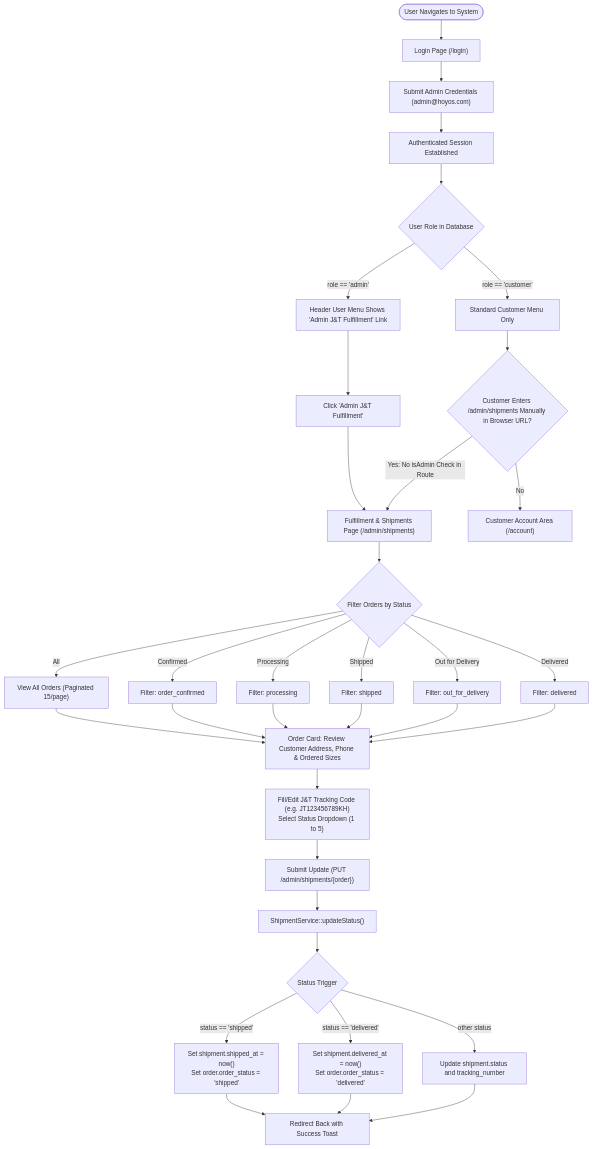
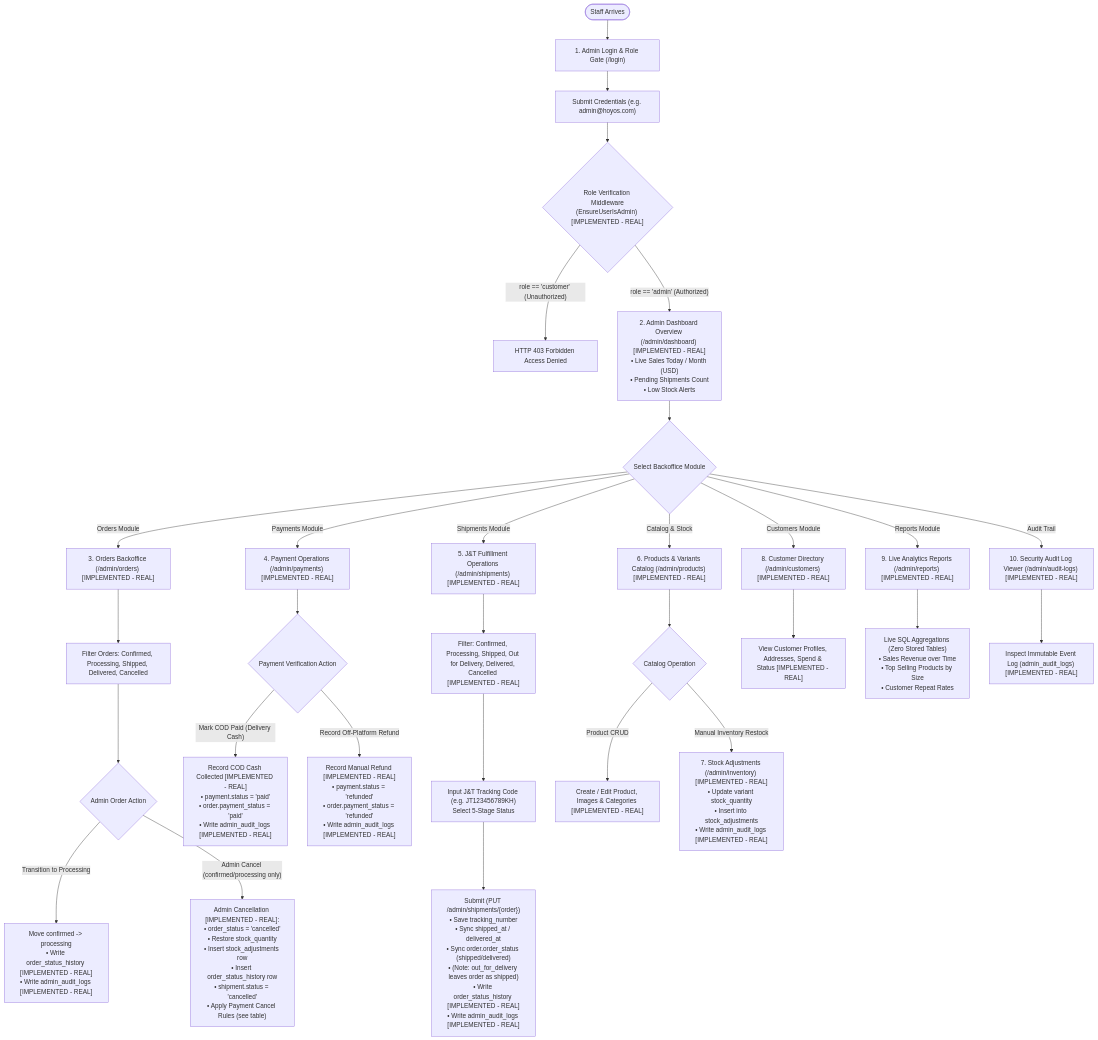
The second of 2 diagrams in USER_FLOW.md (pichsareth120-glitch/hoyos-project), drawn with Mermaid before and after one commit. The commit also changed other lines of this file and 194 other files, not shown here.

````diff
--- a/USER_FLOW.md
+++ b/USER_FLOW.md
@@ -154,45 +229,49 @@
 ```mermaid
 flowchart TD
-    AdminUser([User Navigates to System]) --> AdminLogin["Login Page (/login)"]
-    AdminLogin --> SubmitCreds["Submit Admin Credentials (admin@hoyos.com)"]
-    SubmitCreds --> AuthSuccess["Authenticated Session Established"]
-
-    AuthSuccess --> CheckRole{"User Role in Database"}
-    CheckRole -->|role == 'admin'| HeaderLink["Header User Menu Shows 'Admin J&T Fulfillment' Link"]
-    CheckRole -->|role == 'customer'| StandardMenu["Standard Customer Menu Only"]
-
-    HeaderLink --> ClickShipments["Click 'Admin J&T Fulfillment'"]
-    ClickShipments --> ShipmentsPage["Fulfillment & Shipments Page (/admin/shipments)"]
-
-    StandardMenu --> DirectURL{"Customer Enters /admin/shipments Manually in Browser URL?"}
-    DirectURL -->|Yes: No isAdmin Check in Route| ShipmentsPage
-    DirectURL -->|No| CustomerArea["Customer Account Area (/account)"]
-
-    ShipmentsPage --> FilterOrders{"Filter Orders by Status"}
-    FilterOrders -->|All| ViewAll["View All Orders (Paginated 15/page)"]
-    FilterOrders -->|Confirmed| ViewConfirmed["Filter: order_confirmed"]
-    FilterOrders -->|Processing| ViewProc["Filter: processing"]
-    FilterOrders -->|Shipped| ViewShip["Filter: shipped"]
-    FilterOrders -->|Out for Delivery| ViewOFD["Filter: out_for_delivery"]
-    FilterOrders -->|Delivered| ViewDel["Filter: delivered"]
-
-    ViewAll --> EditDispatch["Order Card: Review Customer Address, Phone & Ordered Sizes"]
-    ViewConfirmed --> EditDispatch
-    ViewProc --> EditDispatch
-    ViewShip --> EditDispatch
-    ViewOFD --> EditDispatch
-    ViewDel --> EditDispatch
-
-    EditDispatch --> UpdateForm["Fill/Edit J&T Tracking Code (e.g. JT123456789KH)<br/>Select Status Dropdown (1 to 5)"]
-    UpdateForm --> SubmitUpdate["Submit Update (PUT /admin/shipments/{order})"]
-
-    SubmitUpdate --> ServiceExec["ShipmentService::updateStatus()"]
-    ServiceExec --> AutoDates{"Status Trigger"}
-    AutoDates -->|status == 'shipped'| SetShipped["Set shipment.shipped_at = now()<br/>Set order.order_status = 'shipped'"]
-    AutoDates -->|status == 'delivered'| SetDelivered["Set shipment.delivered_at = now()<br/>Set order.order_status = 'delivered'"]
-    AutoDates -->|other status| SaveShipment["Update shipment.status and tracking_number"]
-
-    SetShipped --> RedirectBack["Redirect Back with Success Toast"]
-    SetDelivered --> RedirectBack
-    SaveShipment --> RedirectBack
+    AdminStaff([Staff Arrives]) --> StepB1["1. Admin Login & Role Gate (/login)"]
+    
+    StepB1 --> SubmitAuth["Submit Credentials (e.g. admin@hoyos.com)"]
+    SubmitAuth --> RoleGate{"Role Verification Middleware<br/>(EnsureUserIsAdmin) [IMPLEMENTED - REAL]"}
+    
+    RoleGate -->|"role == 'customer' (Unauthorized)"| Forbidden["HTTP 403 Forbidden Access Denied"]
+    RoleGate -->|"role == 'admin' (Authorized)"| StepB2["2. Admin Dashboard Overview (/admin/dashboard) [IMPLEMENTED - REAL]<br/>• Live Sales Today / Month (USD)<br/>• Pending Shipments Count<br/>• Low Stock Alerts"]
+    
+    StepB2 --> NavChoice{"Select Backoffice Module"}
+    
+    %% Module 1: Orders
+    NavChoice -->|"Orders Module"| StepB3["3. Orders Backoffice (/admin/orders) [IMPLEMENTED - REAL]"]
+    StepB3 --> OrderList["Filter Orders: Confirmed, Processing, Shipped, Delivered, Cancelled"]
+    OrderList --> OrderAction{"Admin Order Action"}
+    OrderAction -->|"Transition to Processing"| PutProcessing["Move confirmed -> processing<br/>• Write order_status_history [IMPLEMENTED - REAL]<br/>• Write admin_audit_logs [IMPLEMENTED - REAL]"]
+    OrderAction -->|"Admin Cancel (confirmed/processing only)"| CancelOrder["Admin Cancellation [IMPLEMENTED - REAL]:<br/>• order_status = 'cancelled'<br/>• Restore stock_quantity<br/>• Insert stock_adjustments row<br/>• Insert order_status_history row<br/>• shipment.status = 'cancelled'<br/>• Apply Payment Cancel Rules (see table)"]
+    
+    %% Module 2: Payments
+    NavChoice -->|"Payments Module"| StepB4["4. Payment Operations (/admin/payments) [IMPLEMENTED - REAL]"]
+    StepB4 --> PayAction{"Payment Verification Action"}
+    PayAction -->|"Mark COD Paid (Delivery Cash)"| MarkCODPaid["Record COD Cash Collected [IMPLEMENTED - REAL]<br/>• payment.status = 'paid'<br/>• order.payment_status = 'paid'<br/>• Write admin_audit_logs [IMPLEMENTED - REAL]"]
+    PayAction -->|"Record Off-Platform Refund"| RecordRefund["Record Manual Refund [IMPLEMENTED - REAL]<br/>• payment.status = 'refunded'<br/>• order.payment_status = 'refunded'<br/>• Write admin_audit_logs [IMPLEMENTED - REAL]"]
+    
+    %% Module 3: Shipments (Single source of truth for shipped & delivered)
+    NavChoice -->|"Shipments Module"| StepB5["5. J&T Fulfillment Operations (/admin/shipments) [IMPLEMENTED - REAL]"]
+    StepB5 --> ShipFilter["Filter: Confirmed, Processing, Shipped, Out for Delivery, Delivered, Cancelled [IMPLEMENTED - REAL]"]
+    ShipFilter --> EditShipment["Input J&T Tracking Code (e.g. JT123456789KH)<br/>Select 5-Stage Status"]
+    EditShipment --> PutShipment["Submit (PUT /admin/shipments/{order})<br/>• Save tracking_number<br/>• Sync shipped_at / delivered_at<br/>• Sync order.order_status (shipped/delivered)<br/>• (Note: out_for_delivery leaves order as shipped)<br/>• Write order_status_history [IMPLEMENTED - REAL]<br/>• Write admin_audit_logs [IMPLEMENTED - REAL]"]
+    
+    %% Module 4: Products & Inventory
+    NavChoice -->|"Catalog & Stock"| StepB6["6. Products & Variants Catalog (/admin/products) [IMPLEMENTED - REAL]"]
+    StepB6 --> CatalogAction{"Catalog Operation"}
+    CatalogAction -->|"Product CRUD"| ProductEdit["Create / Edit Product, Images & Categories [IMPLEMENTED - REAL]"]
+    CatalogAction -->|"Manual Inventory Restock"| StepB7["7. Stock Adjustments (/admin/inventory) [IMPLEMENTED - REAL]<br/>• Update variant stock_quantity<br/>• Insert into stock_adjustments<br/>• Write admin_audit_logs [IMPLEMENTED - REAL]"]
+    
+    %% Module 5: Customers
+    NavChoice -->|"Customers Module"| StepB8["8. Customer Directory (/admin/customers) [IMPLEMENTED - REAL]"]
+    StepB8 --> CustView["View Customer Profiles, Addresses, Spend & Status [IMPLEMENTED - REAL]"]
+    
+    %% Module 6: Live Reports
+    NavChoice -->|"Reports Module"| StepB9["9. Live Analytics Reports (/admin/reports) [IMPLEMENTED - REAL]"]
+    StepB9 --> RepRun["Live SQL Aggregations (Zero Stored Tables)<br/>• Sales Revenue over Time<br/>• Top Selling Products by Size<br/>• Customer Repeat Rates"]
+    
+    %% Module 7: Audit Logs
+    NavChoice -->|"Audit Trail"| StepB10["10. Security Audit Log Viewer (/admin/audit-logs) [IMPLEMENTED - REAL]"]
+    StepB10 --> ViewAudit["Inspect Immutable Event Log (admin_audit_logs) [IMPLEMENTED - REAL]"]
 ```
````
